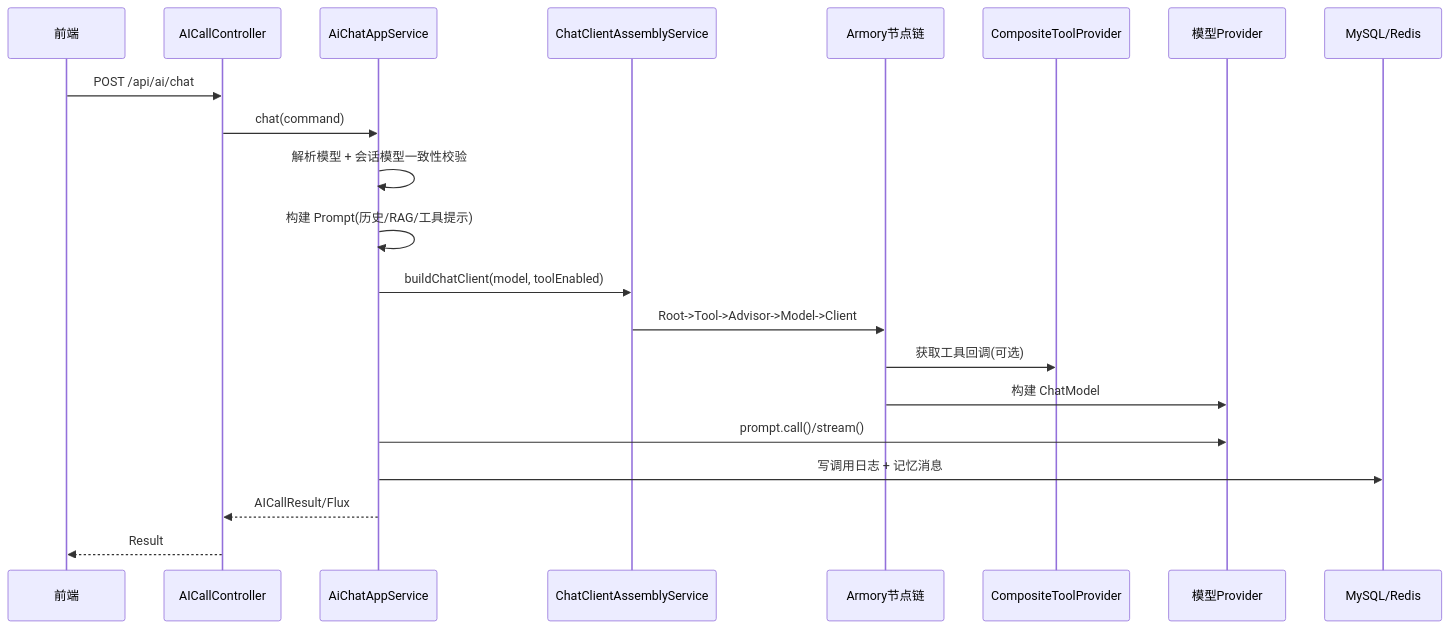
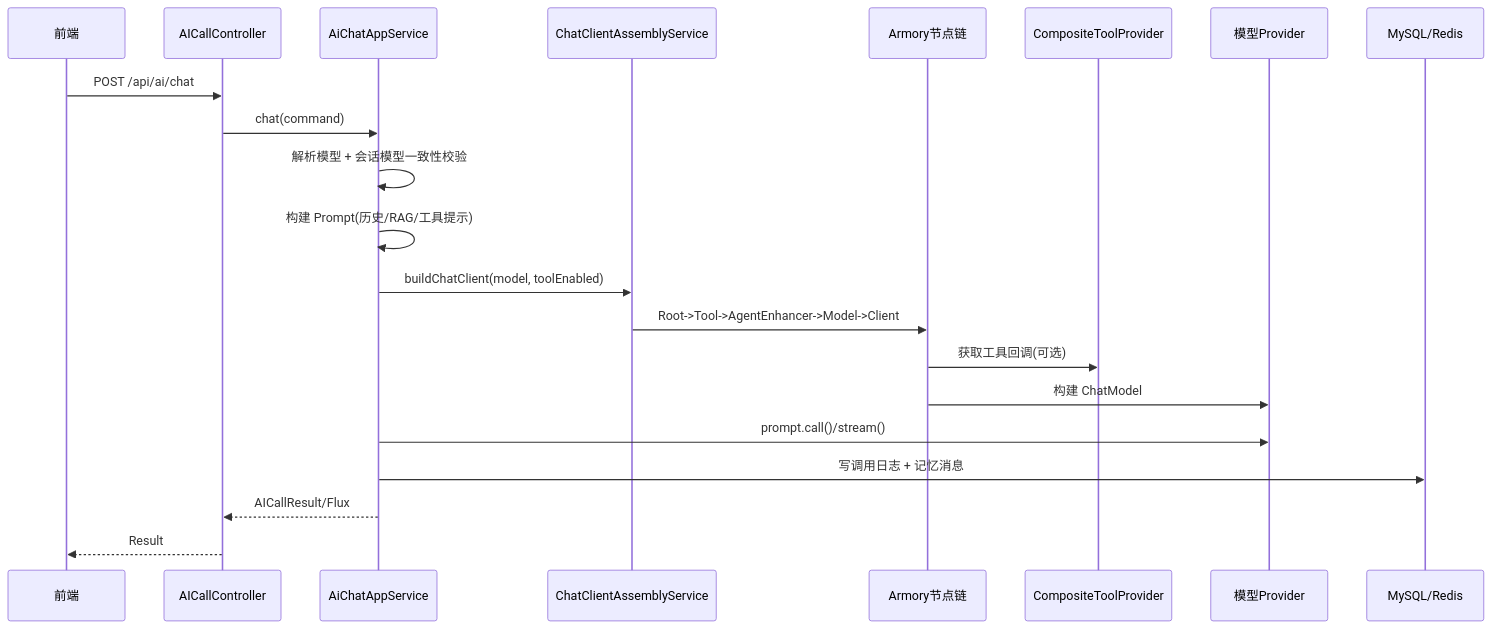
Before and after one commit to small-xiexu/ai-mcp-knowledge-study: the third of 5 diagrams in README.md, drawn with Mermaid. The commit also changed other lines of this file and 114 other files, not shown here.

Commit message:
refactor(agent-enhancer): 全量重命名 Advisor 为 AgentEnhancer

````diff
--- a/README.md
+++ b/README.md
@@ -206,24 +206,24 @@
 ```mermaid
 sequenceDiagram
     participant FE as 前端
     participant C as AICallController
     participant A as AiChatAppService
     participant S as ChatClientAssemblyService
     participant ARM as Armory节点链
     participant TOOL as CompositeToolProvider
     participant M as 模型Provider
     participant DB as MySQL/Redis
 
     FE->>C: POST /api/ai/chat
     C->>A: chat(command)
     A->>A: 解析模型 + 会话模型一致性校验
     A->>A: 构建 Prompt(历史/RAG/工具提示)
     A->>S: buildChatClient(model, toolEnabled)
-    S->>ARM: Root->Tool->Advisor->Model->Client
+    S->>ARM: Root->Tool->AgentEnhancer->Model->Client
     ARM->>TOOL: 获取工具回调(可选)
     ARM->>M: 构建 ChatModel
     A->>M: prompt.call()/stream()
     A->>DB: 写调用日志 + 记忆消息
     A-->>C: AICallResult/Flux
     C-->>FE: Result
 ```
````
